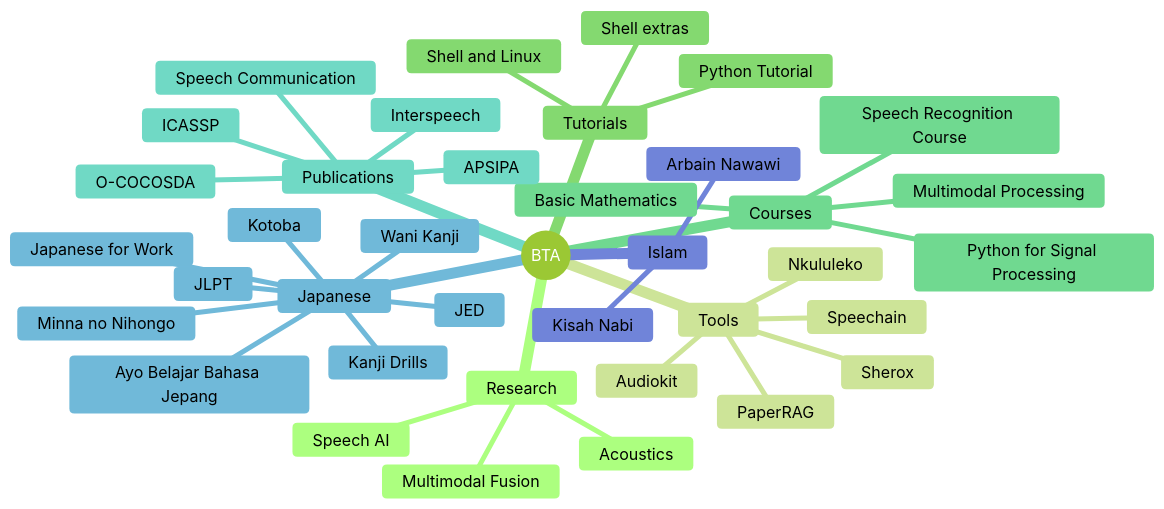
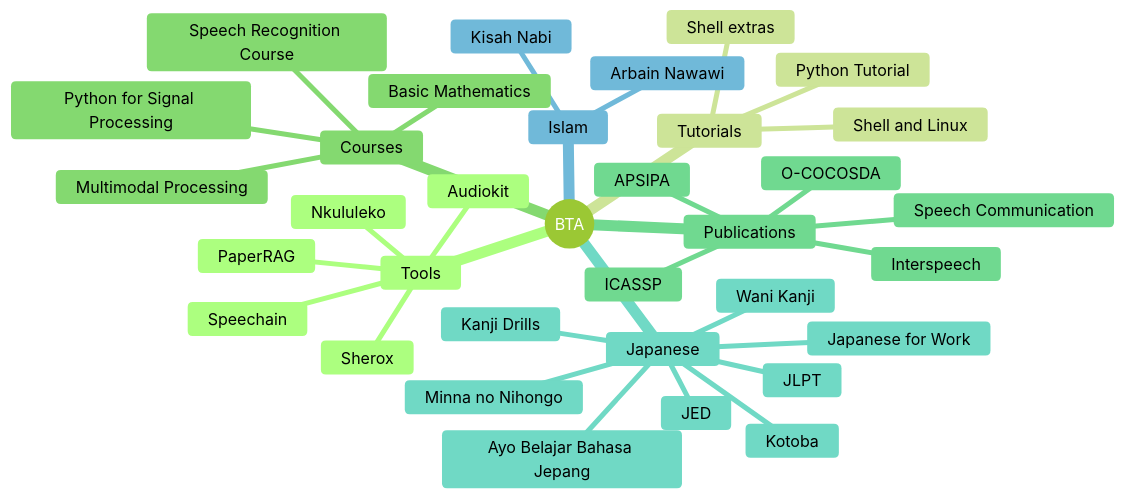
One commit to bagustris/bagustris.github.io changed the diagram in _pages/about.md. Above: the diagram before and after it, drawn with Mermaid (forest theme). The commit also changed other lines of this file and 1 other file, not shown here.

```diff
--- a/_pages/about.md
+++ b/_pages/about.md
@@ -18,41 +21,37 @@
 <pre class="mermaid">
 mindmap
   root((BTA))
-    Research
-      Speech AI
-      Acoustics 
-      Multimodal Fusion
     Tools
       Nkululeko
       Speechain
       PaperRAG
       Audiokit
       Sherox
     Tutorials
       Shell and Linux
       Python Tutorial 
       Shell extras
     Courses
       Speech Recognition Course
       Python for Signal Processing
       Multimodal Processing
       Basic Mathematics
     Publications
       Speech Communication  
       ICASSP
       Interspeech 
       O-COCOSDA  
       APSIPA
     Japanese
       Ayo Belajar Bahasa Jepang
       Minna no Nihongo
       Japanese for Work
       Kanji Drills
       Kotoba  
       JLPT  
       JED
       Wani Kanji 
     Islam
       Kisah Nabi 
       Arbain Nawawi
 </pre>
```
